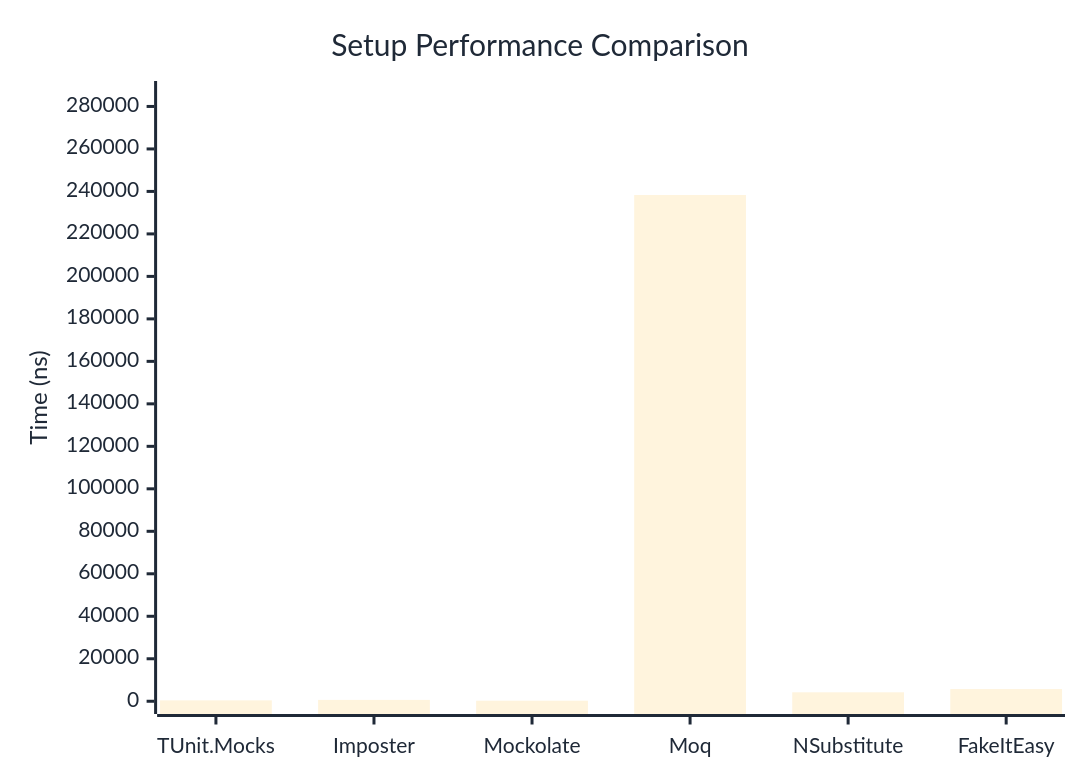
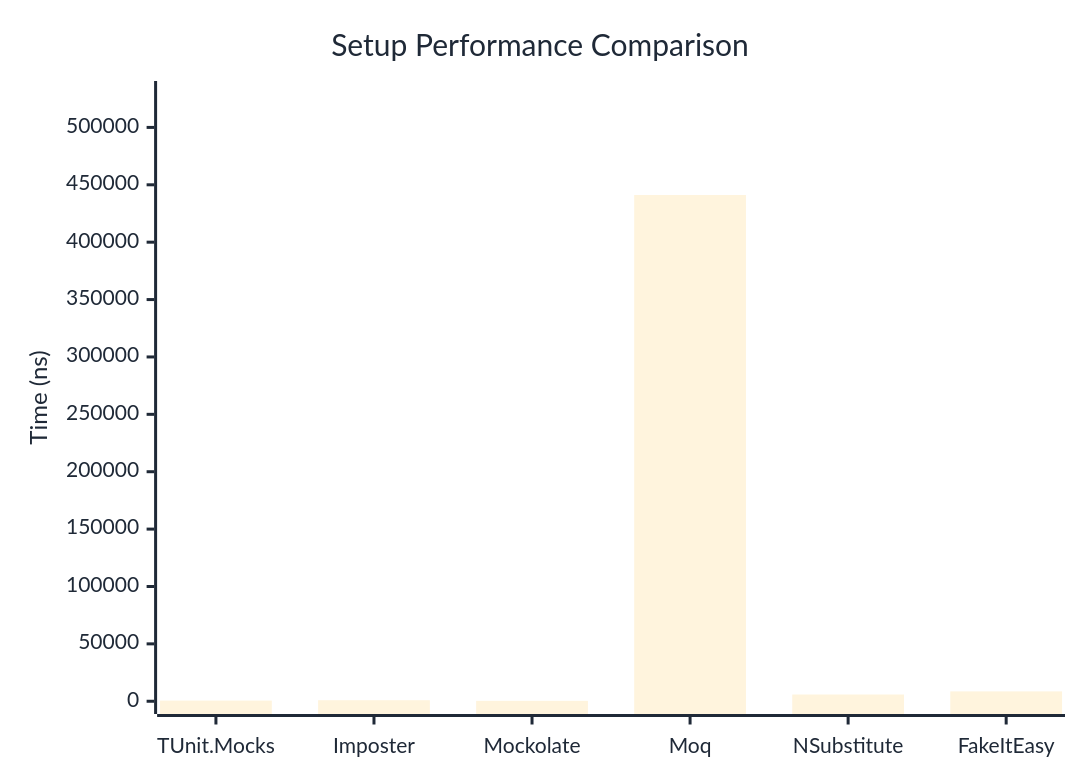
The first of 2 diagrams in docs/docs/benchmarks/mocks/Setup.md (thomhurst/TUnit), drawn with Mermaid before and after one commit. The commit also changed other lines of this file and 14 other files, not shown here.

````diff
--- a/docs/docs/benchmarks/mocks/Setup.md
+++ b/docs/docs/benchmarks/mocks/Setup.md
@@ -30,27 +30,27 @@
 ```mermaid
 %%{init: {
   'theme':'base',
   'themeVariables': {
     'primaryColor': '#2563eb',
     'primaryTextColor': '#1f2937',
     'primaryBorderColor': '#1e40af',
     'lineColor': '#6b7280',
     'secondaryColor': '#7c3aed',
     'tertiaryColor': '#dc2626',
     'background': '#ffffff',
     'pie1': '#2563eb',
     'pie2': '#7c3aed',
     'pie3': '#dc2626',
     'pie4': '#f59e0b',
     'pie5': '#10b981',
     'pie6': '#06b6d4',
     'pie7': '#ec4899',
     'pie8': '#6366f1'
   }
 }}%%
 xychart-beta
   title "Setup Performance Comparison"
   x-axis ["TUnit.Mocks", "Imposter", "Mockolate", "Moq", "NSubstitute", "FakeItEasy"]
-  y-axis "Time (ns)" 0 --> 285977
-  bar [421, 633.6, 254.6, 238313.8, 4215.3, 5731.3]
+  y-axis "Time (ns)" 0 --> 529335
+  bar [567.8, 887, 340.3, 441111.8, 5866.6, 8591.2]
 ```
````
